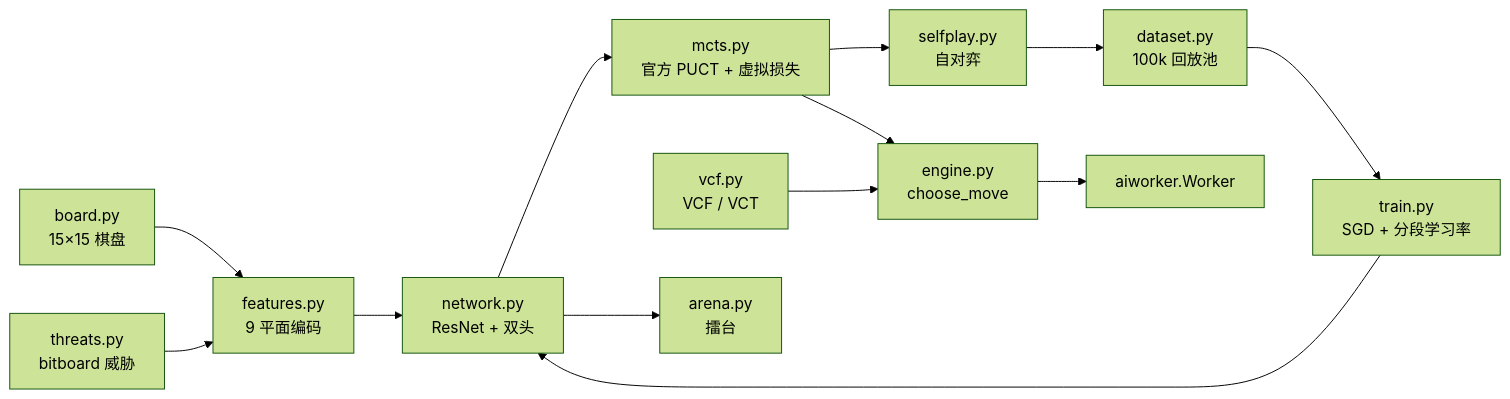
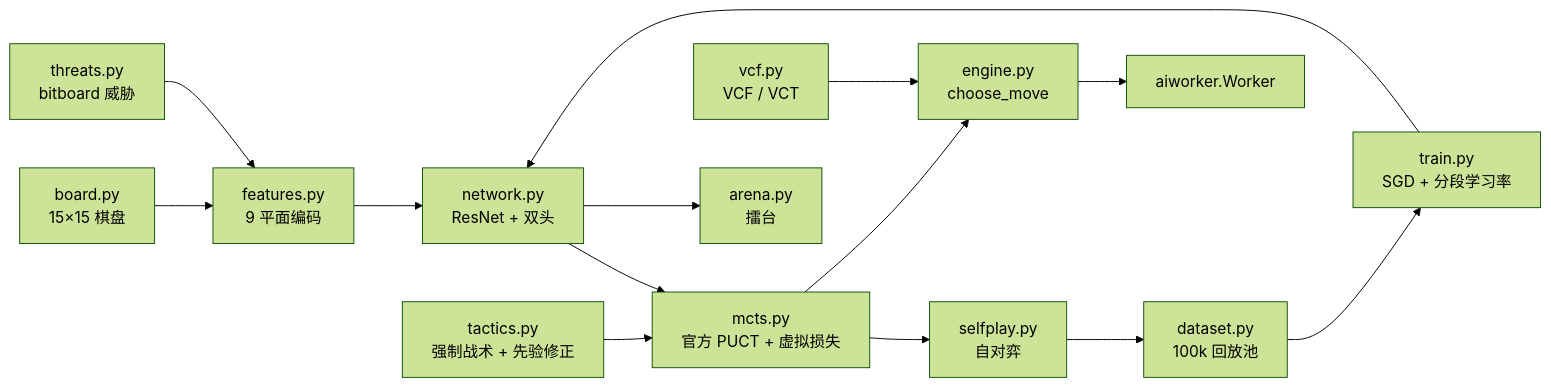
The diagram in doc/05-az-engine.md (qzh200/Gomoku), drawn with Mermaid (forest theme) before and after one commit. The commit also changed other lines of this file and 3 other files, not shown here.

````diff
--- a/doc/05-az-engine.md
+++ b/doc/05-az-engine.md
@@ -10,15 +12,16 @@
 ```mermaid
 flowchart LR
   B["board.py<br/>15×15 棋盘"] --> F["features.py<br/>9 平面编码"]
   T["threats.py<br/>bitboard 威胁"] --> F
   F --> N["network.py<br/>ResNet + 双头"]
   N --> M["mcts.py<br/>官方 PUCT + 虚拟损失"]
+  TA["tactics.py<br/>强制战术 + 先验修正"] --> M
   M --> SP["selfplay.py<br/>自对弈"]
   SP --> D["dataset.py<br/>100k 回放池"]
   D --> TR["train.py<br/>SGD + 分段学习率"]
   TR --> N
   M --> E["engine.py<br/>choose_move"]
   V["vcf.py<br/>VCF / VCT"] --> E
   E --> W["aiworker.Worker"]
   N --> AR["arena.py<br/>擂台"]
 ```
````
